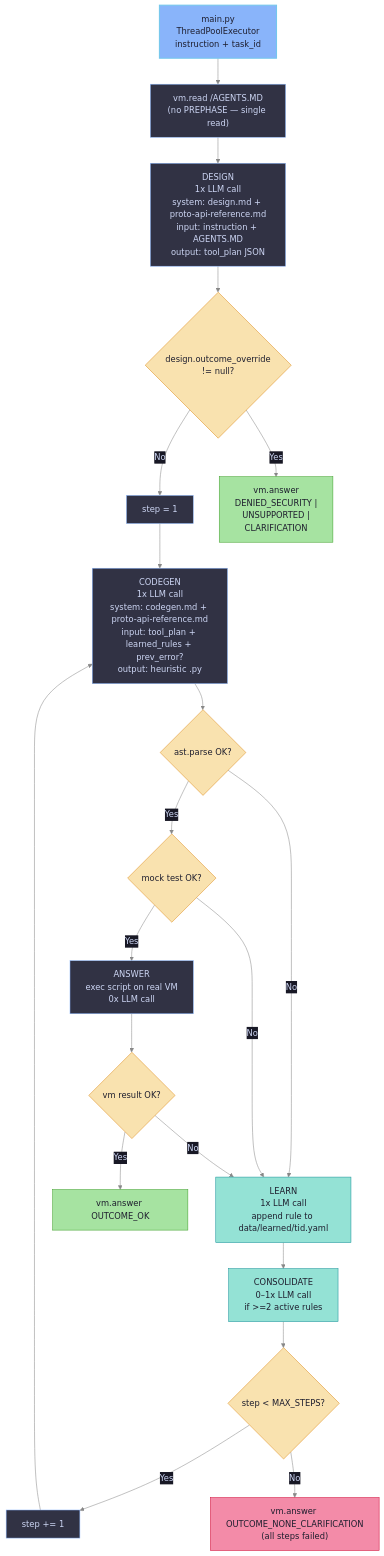
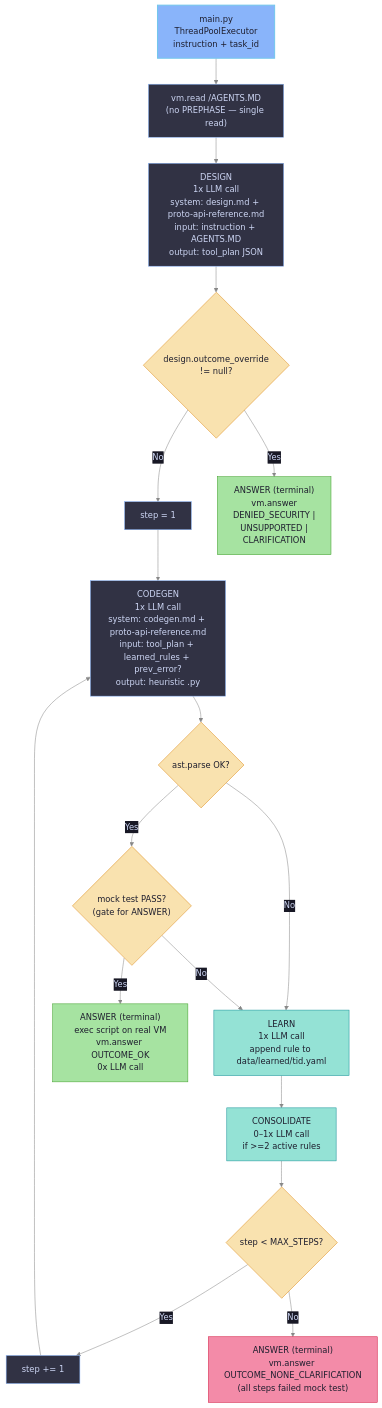
One commit to ikeniborn/ecom1-agent changed the diagram in docs/superpowers/intents/2026-05-28-pipeline-redesign-intent.md. Above: the diagram before and after it, drawn with Mermaid. The commit also changed other lines of this file, not shown here.

Commit message:
docs(idd): mock test as gate; ANSWER terminal one-shot outside retry loop

````diff
--- a/docs/superpowers/intents/2026-05-28-pipeline-redesign-intent.md
+++ b/docs/superpowers/intents/2026-05-28-pipeline-redesign-intent.md
@@ -14,69 +14,65 @@
 ```mermaid
 %%{init: {'theme': 'base', 'themeVariables': {
   'background': '#1e1e2e',
   'primaryColor': '#313244',
   'primaryTextColor': '#cdd6f4',
   'primaryBorderColor': '#89b4fa',
   'lineColor': '#888888',
   'secondaryColor': '#181825',
   'tertiaryColor': '#45475a'
 }}}%%
 flowchart TD
     ENTRY["main.py\nThreadPoolExecutor\ninstruction + task_id"]
 
     READ_AGENTS["vm.read /AGENTS.MD\n(no PREPHASE — single read)"]
 
     DESIGN["DESIGN\n1x LLM call\nsystem: design.md + proto-api-reference.md\ninput: instruction + AGENTS.MD\noutput: tool_plan JSON"]
 
     LOOP_START["step = 1"]
 
     CODEGEN["CODEGEN\n1x LLM call\nsystem: codegen.md + proto-api-reference.md\ninput: tool_plan + learned_rules + prev_error?\noutput: heuristic .py"]
 
     AST{"ast.parse OK?"}
-    MOCK{"mock test OK?"}
-    ANSWER["ANSWER\nexec script on real VM\n0x LLM call"]
-    ANS_OK{"vm result OK?"}
+    MOCK{"mock test PASS?\n(gate for ANSWER)"}
 
     LEARN["LEARN\n1x LLM call\nappend rule to data/learned/tid.yaml"]
     CONSOLIDATE["CONSOLIDATE\n0–1x LLM call\nif >=2 active rules"]
 
     STEP_CHECK{"step < MAX_STEPS?"}
     STEP_INC["step += 1"]
 
-    SUCCESS["vm.answer OUTCOME_OK"]
-    EXHAUST["vm.answer OUTCOME_NONE_CLARIFICATION\n(all steps failed)"]
+    ANSWER_OK["ANSWER (terminal)\nexec script on real VM\nvm.answer OUTCOME_OK\n0x LLM call"]
+    ANSWER_EXHAUST["ANSWER (terminal)\nvm.answer OUTCOME_NONE_CLARIFICATION\n(all steps failed mock test)"]
 
     HARD_OUT{"design.outcome_override\n!= null?"}
-    HARD_ANSWER["vm.answer\nDENIED_SECURITY |\nUNSUPPORTED |\nCLARIFICATION"]
+    HARD_ANSWER["ANSWER (terminal)\nvm.answer\nDENIED_SECURITY |\nUNSUPPORTED |\nCLARIFICATION"]
 
     ENTRY --> READ_AGENTS --> DESIGN
     DESIGN --> HARD_OUT
     HARD_OUT -- Yes --> HARD_ANSWER
     HARD_OUT -- No --> LOOP_START --> CODEGEN
 
     CODEGEN --> AST
     AST -- No --> LEARN
     AST -- Yes --> MOCK
     MOCK -- No --> LEARN
-    MOCK -- Yes --> ANSWER --> ANS_OK
-    ANS_OK -- No --> LEARN
-    ANS_OK -- Yes --> SUCCESS
+    MOCK -- Yes --> ANSWER_OK
 
     LEARN --> CONSOLIDATE --> STEP_CHECK
     STEP_CHECK -- Yes --> STEP_INC --> CODEGEN
-    STEP_CHECK -- No --> EXHAUST
+    STEP_CHECK -- No --> ANSWER_EXHAUST
 
     classDef entry   fill:#89b4fa,color:#1e1e2e,stroke:#74c7ec,stroke-width:2px
     classDef phase   fill:#313244,color:#cdd6f4,stroke:#89b4fa
     classDef decision fill:#f9e2af,color:#1e1e2e,stroke:#df8e1d
     classDef learn   fill:#94e2d5,color:#1e1e2e,stroke:#179299
     classDef success fill:#a6e3a1,color:#1e1e2e,stroke:#40a02b
     classDef danger  fill:#f38ba8,color:#1e1e2e,stroke:#d20f39
 
     class ENTRY entry
-    class READ_AGENTS,DESIGN,CODEGEN,ANSWER phase
-    class AST,MOCK,ANS_OK,STEP_CHECK,HARD_OUT decision
+    class READ_AGENTS,DESIGN,CODEGEN phase
+    class AST,MOCK,STEP_CHECK,HARD_OUT decision
     class LEARN,CONSOLIDATE learn
-    class SUCCESS,HARD_ANSWER success
-    class EXHAUST danger
+    class ANSWER_OK,HARD_ANSWER success
+    class ANSWER_EXHAUST danger
 ```
````
